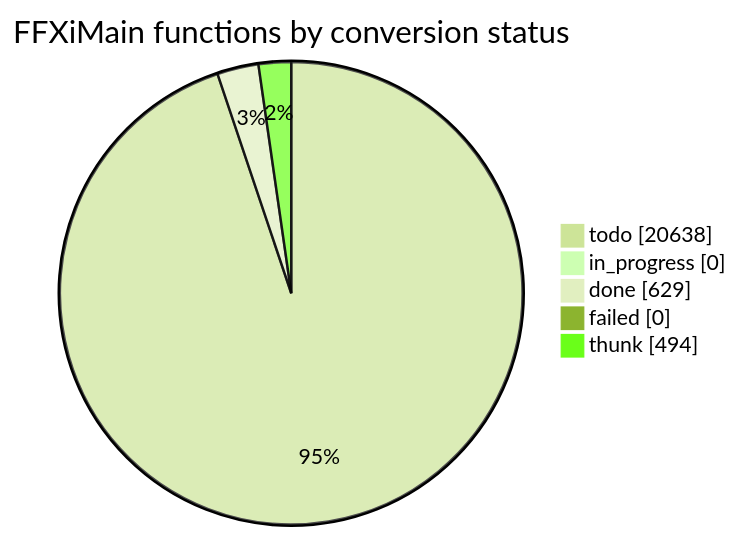
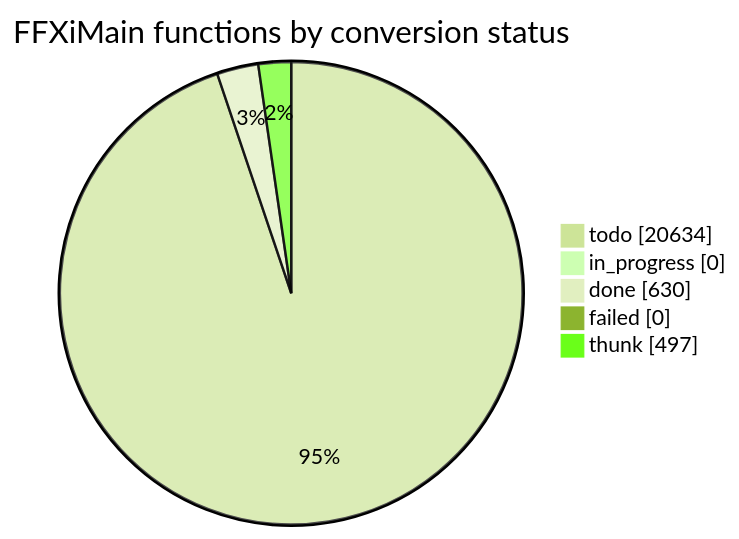
Before and after one commit to cowrevenge/cow_kuluu_xi_anything: the diagram in docs/cow/STATUS.md, drawn with Mermaid (forest theme). The commit also changed other lines of this file and 9 other files, not shown here.

````diff
--- a/docs/cow/STATUS.md
+++ b/docs/cow/STATUS.md
@@ -18,9 +18,9 @@
 ```mermaid
 pie showData
     title FFXiMain functions by conversion status
-    "todo" : 20638
+    "todo" : 20634
     "in_progress" : 0
-    "done" : 629
+    "done" : 630
     "failed" : 0
-    "thunk" : 494
+    "thunk" : 497
 ```
````
